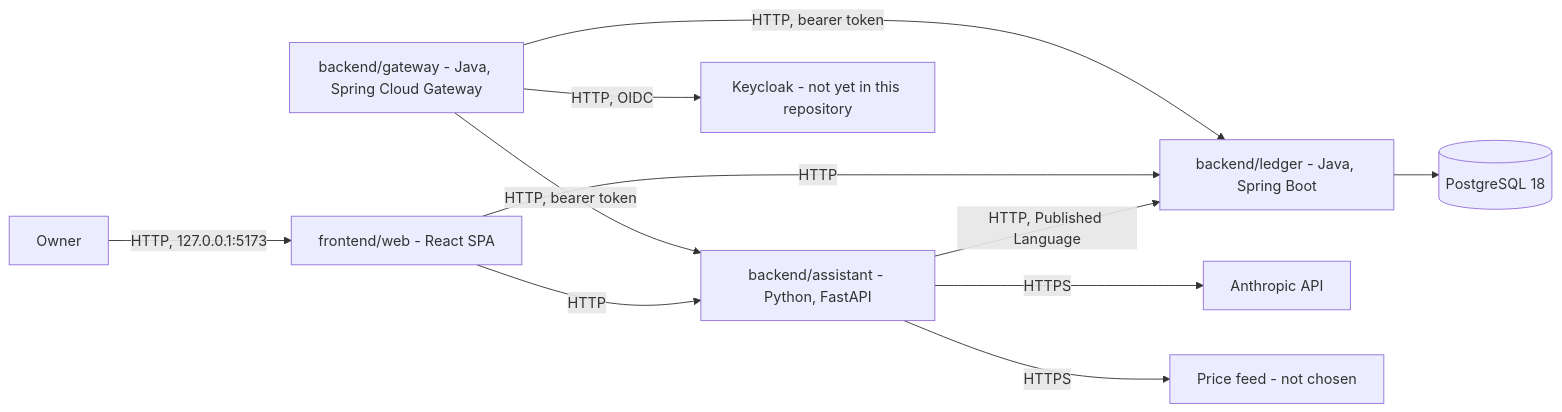
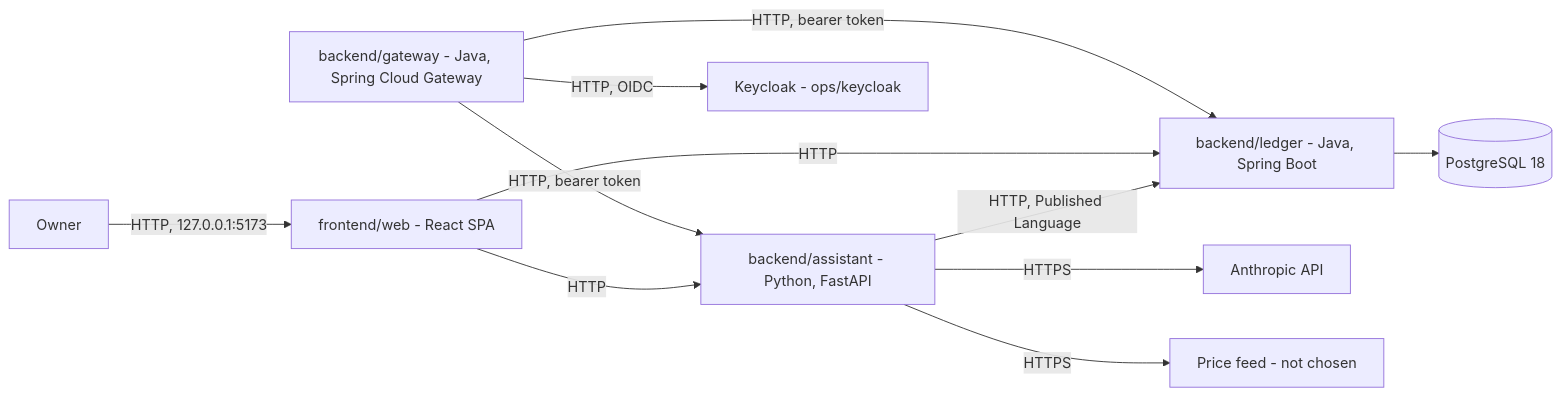
Before and after one commit to NaimElijah/FinAssist: the diagram in docs/architecture/architecture.md, drawn with Mermaid. The commit also changed other lines of this file and 12 other files, not shown here.

````diff
--- a/docs/architecture/architecture.md
+++ b/docs/architecture/architecture.md
@@ -53,13 +53,13 @@
 ```mermaid
 flowchart LR
     Owner[Owner] -->|"HTTP, 127.0.0.1:5173"| Web[frontend/web - React SPA]
     Web -->|HTTP| Assistant[backend/assistant - Python, FastAPI]
     Assistant -->|HTTP, Published Language| Ledger[backend/ledger - Java, Spring Boot]
     Web -->|HTTP| Ledger
     Assistant -->|HTTPS| Claude[Anthropic API]
     Assistant -->|HTTPS| Feed[Price feed - not chosen]
     Ledger --> DB[(PostgreSQL 18)]
     Gateway[backend/gateway - Java, Spring Cloud Gateway] -->|HTTP, bearer token| Ledger
     Gateway -->|HTTP, bearer token| Assistant
-    Gateway -->|HTTP, OIDC| Keycloak[Keycloak - not yet in this repository]
+    Gateway -->|HTTP, OIDC| Keycloak[Keycloak - ops/keycloak]
 ```
````
